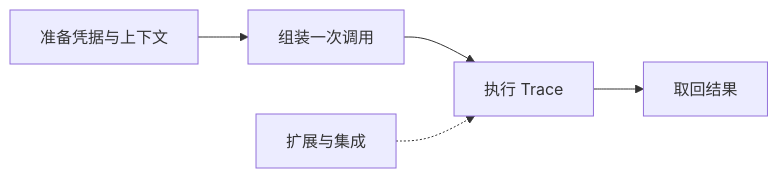
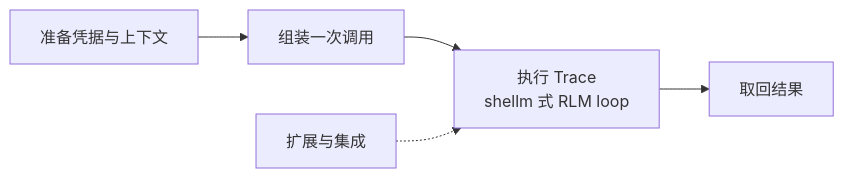
Before and after one commit to yuekcc/mp-next: the diagram in docs/prds/001.md, drawn with Mermaid. The commit also changed other lines of this file and 5 other files, not shown here.

````diff
--- a/docs/prds/001.md
+++ b/docs/prds/001.md
@@ -67,5 +114,5 @@
 ```mermaid
 flowchart LR
-  A1[准备凭据与上下文] --> A2[组装一次调用] --> A3[执行 Trace] --> A4[取回结果]
+  A1[准备凭据与上下文] --> A2[组装一次调用] --> A3[执行 Trace<br>shellm 式 RLM loop] --> A4[取回结果]
   A5[扩展与集成] -.-> A3
 ```
````
